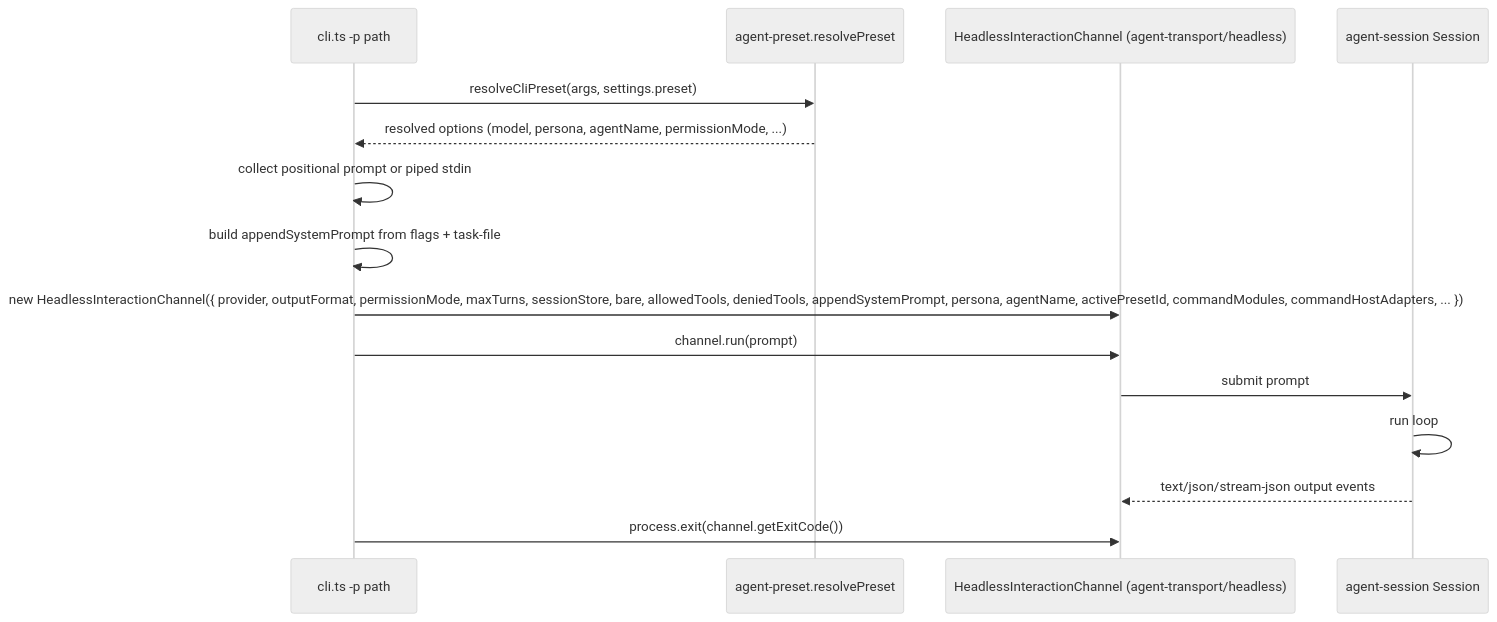
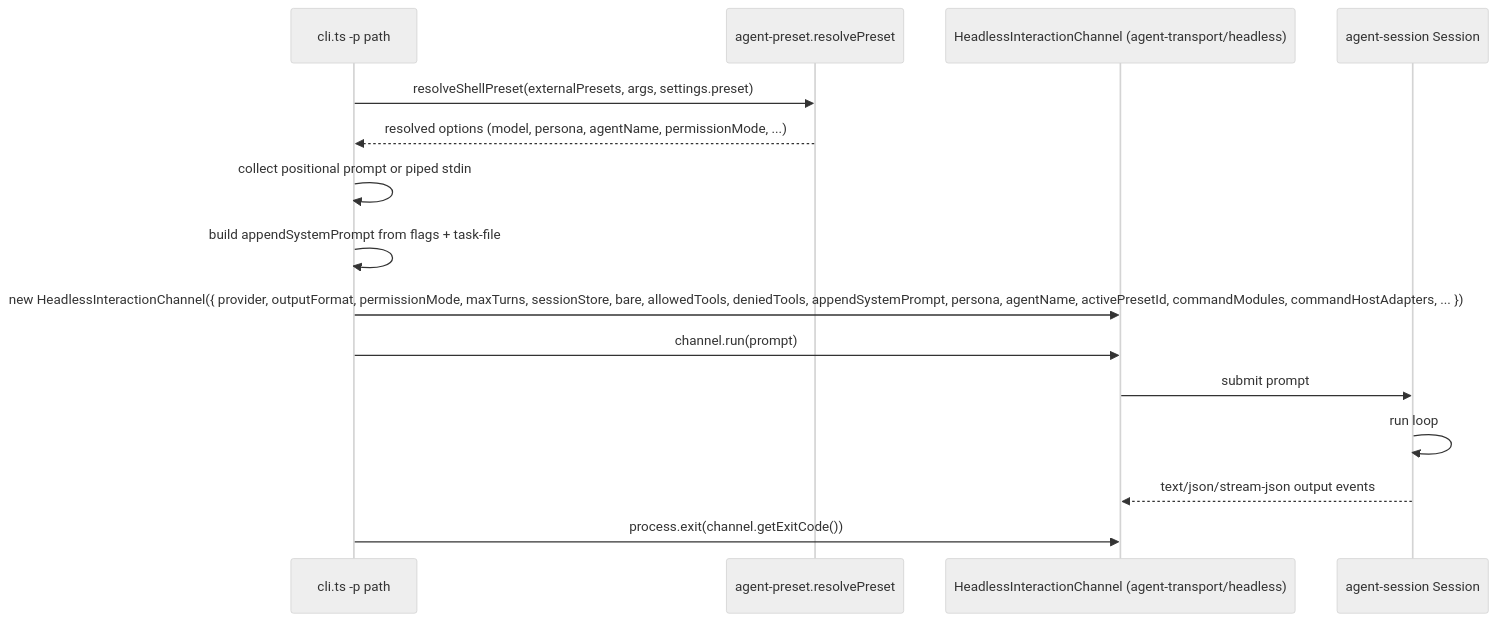
One commit to woojubb/robota changed the second of 3 diagrams in .agents/specs/architecture-map/agent-cli/execution-modes.md. Above: the diagram before and after it, drawn with Mermaid (neutral theme). The commit also changed 10 other files, not shown here.

First line of the commit message:
docs(arch-008): boundary row 1 met, SPECs + architecture map updated, backlog closed

````diff
--- a/.agents/specs/architecture-map/agent-cli/execution-modes.md
+++ b/.agents/specs/architecture-map/agent-cli/execution-modes.md
@@ -42,18 +42,18 @@
 ```mermaid
 sequenceDiagram
   participant CLI as cli.ts -p path
   participant Preset as agent-preset.resolvePreset
   participant Channel as HeadlessInteractionChannel (agent-transport/headless)
   participant Session as agent-session Session
 
-  CLI->>Preset: resolveCliPreset(args, settings.preset)
+  CLI->>Preset: resolveShellPreset(externalPresets, args, settings.preset)
   Preset-->>CLI: resolved options (model, persona, agentName, permissionMode, ...)
   CLI->>CLI: collect positional prompt or piped stdin
   CLI->>CLI: build appendSystemPrompt from flags + task-file
   CLI->>Channel: new HeadlessInteractionChannel({ provider, outputFormat, permissionMode, maxTurns, sessionStore, bare, allowedTools, deniedTools, appendSystemPrompt, persona, agentName, activePresetId, commandModules, commandHostAdapters, ... })
   CLI->>Channel: channel.run(prompt)
   Channel->>Session: submit prompt
   Session->>Session: run loop
   Session-->>Channel: text/json/stream-json output events
   CLI->>Channel: process.exit(channel.getExitCode())
 ```
````
